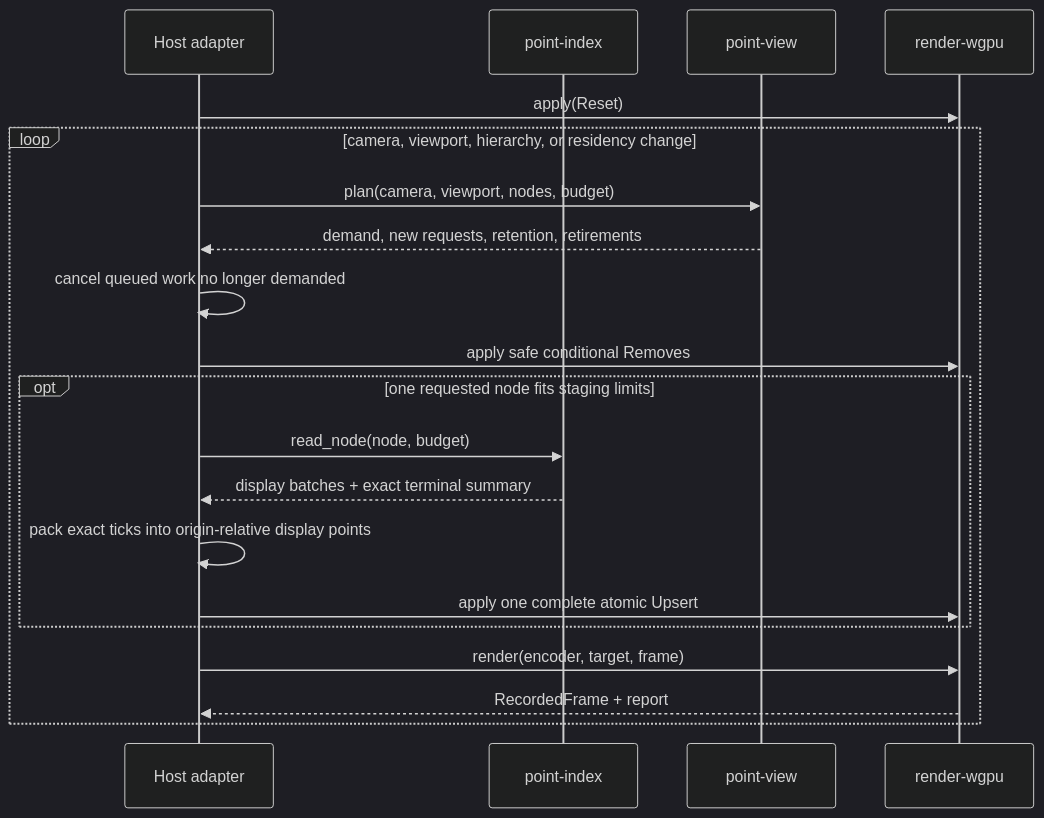
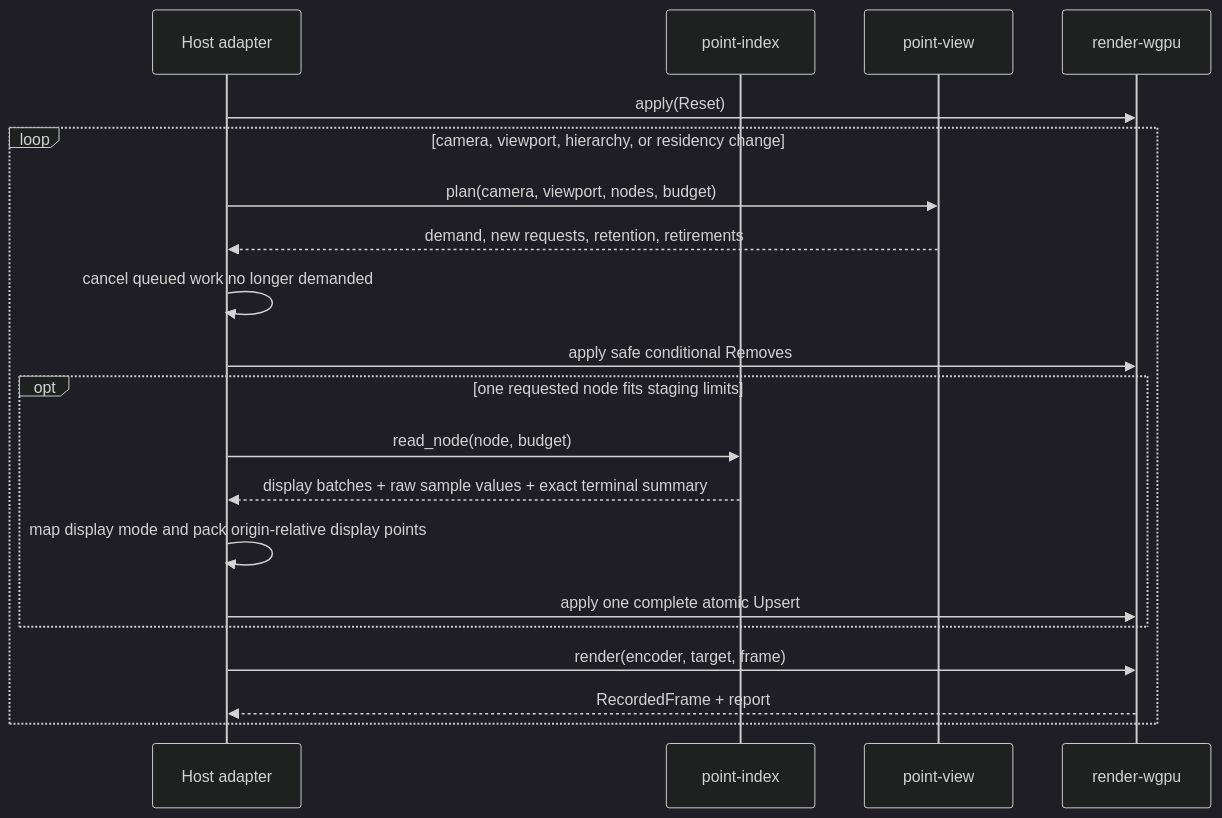
Before and after one commit to xxibcill/punctra: diagram 11 of 12 in docs/architecture/workflows.md, drawn with Mermaid (dark theme). The commit also changed other lines of this file and 124 other files, not shown here.

```diff
--- a/docs/architecture/workflows.md
+++ b/docs/architecture/workflows.md
@@ -351,23 +406,23 @@
 ~~~mermaid
 sequenceDiagram
     participant HOST as Host adapter
     participant IDX as point-index
     participant VIEW as point-view
     participant GPU as render-wgpu
 
     HOST->>GPU: apply(Reset)
     loop camera, viewport, hierarchy, or residency change
         HOST->>VIEW: plan(camera, viewport, nodes, budget)
         VIEW-->>HOST: demand, new requests, retention, retirements
         HOST->>HOST: cancel queued work no longer demanded
         HOST->>GPU: apply safe conditional Removes
         opt one requested node fits staging limits
             HOST->>IDX: read_node(node, budget)
-            IDX-->>HOST: display batches + exact terminal summary
-            HOST->>HOST: pack exact ticks into origin-relative display points
+            IDX-->>HOST: display batches + raw sample values + exact terminal summary
+            HOST->>HOST: map display mode and pack origin-relative display points
             HOST->>GPU: apply one complete atomic Upsert
         end
         HOST->>GPU: render(encoder, target, frame)
         GPU-->>HOST: RecordedFrame + report
     end
 ~~~
```
